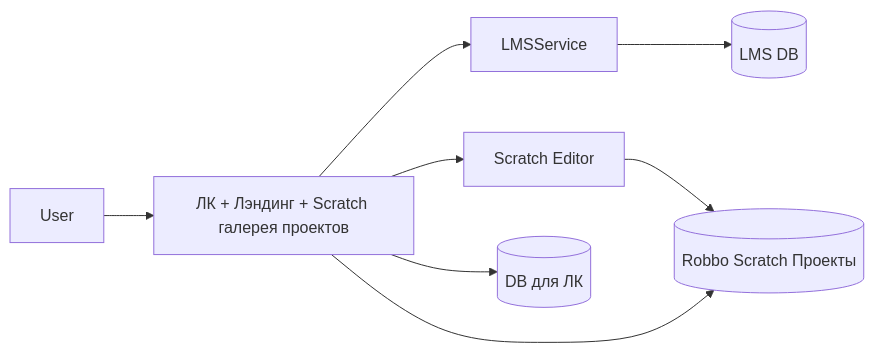
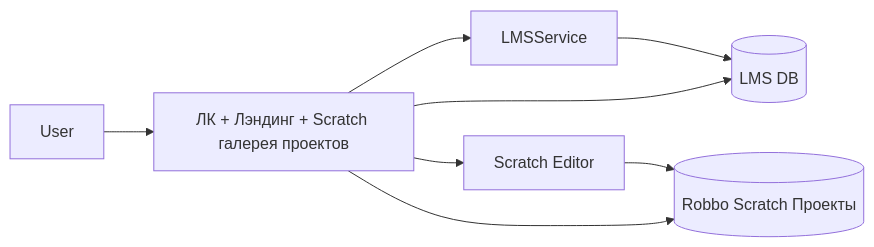
One commit to gamr416/robbo_personal_account changed the diagram in architecture/архитектура_3_сервисов.md. Above: the diagram before and after it, drawn with Mermaid. The commit also changed other lines of this file and 11 other files, not shown here.

````diff
--- a/architecture/архитектура_3_сервисов.md
+++ b/architecture/архитектура_3_сервисов.md
@@ -157,10 +157,10 @@
 ```mermaid
 flowchart LR
   user[User] --> lk[ЛК + Лэндинг + Scratch галерея проектов]
   lk --> lms[LMSService]
   lk --> editor[Scratch Editor]
   lms --> lmsDb[(LMS DB)]
-  lk --> authDb[(DB для ЛК)]
+  lk --> lmsDb[(LMS DB)]
   editor --> scratchDb[(Robbo Scratch Проекты)]
   lk --> scratchDb[(Robbo Scratch Проекты)]
 ```
````
